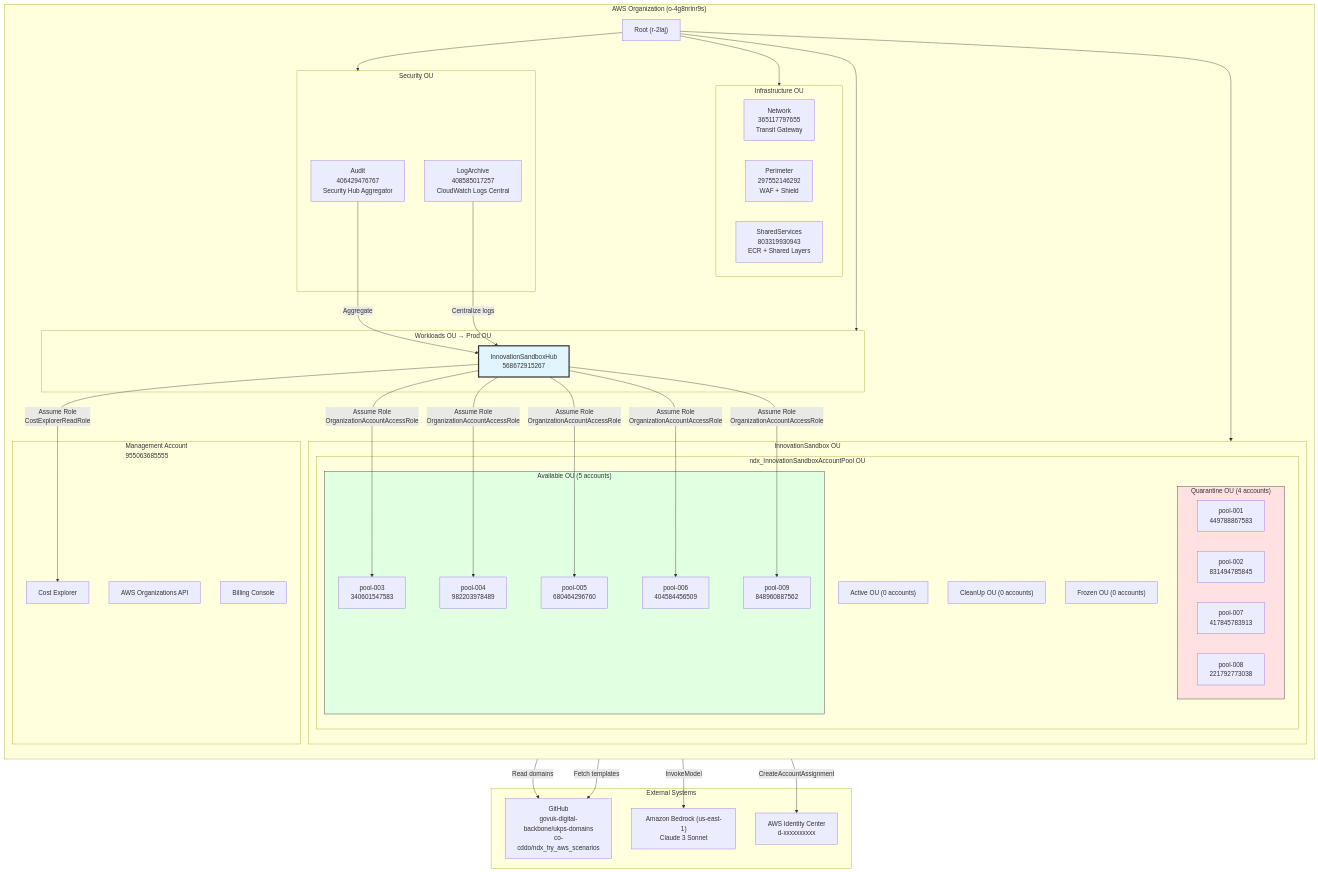
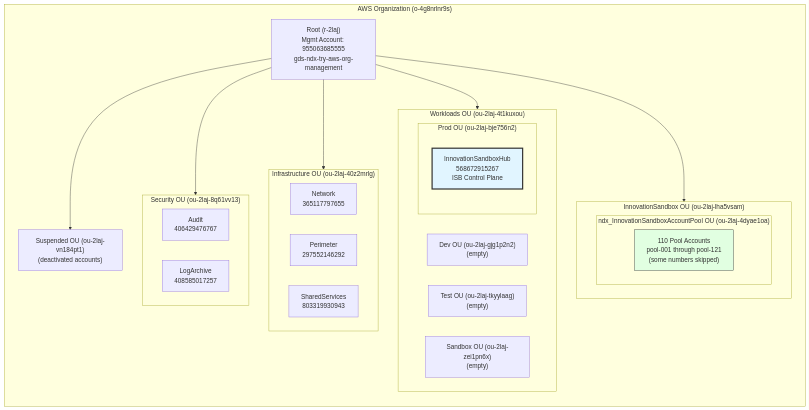
One commit to co-cddo/ndx-try-arch changed the first of 6 diagrams in docs/81-aws-architecture.md. Above: the diagram before and after it, drawn with Mermaid. The commit also changed other lines of this file and 41 other files, not shown here.

First line of the commit message:
docs: update NDX architecture documentation (#9)

````diff
--- a/docs/81-aws-architecture.md
+++ b/docs/81-aws-architecture.md
@@ -17,81 +14,44 @@
 ```mermaid
 graph TB
     subgraph org["AWS Organization (o-4g8nrlnr9s)"]
         direction TB
-        root["Root (r-2laj)"]
+        root["Root (r-2laj)<br/>Mgmt Account: 955063685555<br/>gds-ndx-try-aws-org-management"]
 
-        subgraph mgmt_account["Management Account<br/>955063685555"]
-            org_api["AWS Organizations API"]
-            cost_explorer["Cost Explorer"]
-            billing["Billing Console"]
+        subgraph security_ou["Security OU (ou-2laj-8q61vv13)"]
+            audit["Audit<br/>406429476767"]
+            log_archive["LogArchive<br/>408585017257"]
         end
 
-        subgraph security_ou["Security OU"]
-            audit["Audit<br/>406429476767<br/>Security Hub Aggregator"]
-            log_archive["LogArchive<br/>408585017257<br/>CloudWatch Logs Central"]
+        subgraph infra_ou["Infrastructure OU (ou-2laj-40z2mrlg)"]
+            network["Network<br/>365117797655"]
+            perimeter["Perimeter<br/>297552146292"]
+            shared["SharedServices<br/>803319930943"]
         end
 
-        subgraph infra_ou["Infrastructure OU"]
-            network["Network<br/>365117797655<br/>Transit Gateway"]
-            perimeter["Perimeter<br/>297552146292<br/>WAF + Shield"]
-            shared["SharedServices<br/>803319930943<br/>ECR + Shared Layers"]
+        subgraph workloads_ou["Workloads OU (ou-2laj-4t1kuxou)"]
+            subgraph prod_ou["Prod OU (ou-2laj-bje756n2)"]
+                hub["InnovationSandboxHub<br/>568672915267<br/>ISB Control Plane"]
+            end
+            dev_ou["Dev OU (ou-2laj-gjg1p2n2)<br/>(empty)"]
+            test_ou["Test OU (ou-2laj-tkyylaag)<br/>(empty)"]
+            sandbox_ou["Sandbox OU (ou-2laj-zei1pn6x)<br/>(empty)"]
         end
 
-        subgraph workloads_ou["Workloads OU → Prod OU"]
-            hub["InnovationSandboxHub<br/>568672915267"]
+        subgraph isb_ou["InnovationSandbox OU (ou-2laj-lha5vsam)"]
+            subgraph pool_parent["ndx_InnovationSandboxAccountPool OU (ou-2laj-4dyae1oa)"]
+                pool_accounts["110 Pool Accounts<br/>pool-001 through pool-121<br/>(some numbers skipped)"]
+            end
         end
 
-        subgraph isb_ou["InnovationSandbox OU"]
-            subgraph pool_parent["ndx_InnovationSandboxAccountPool OU"]
-                subgraph available_ou["Available OU (5 accounts)"]
-                    pool003["pool-003<br/>340601547583"]
-                    pool004["pool-004<br/>982203978489"]
-                    pool005["pool-005<br/>680464296760"]
-                    pool006["pool-006<br/>404584456509"]
-                    pool009["pool-009<br/>848960887562"]
-                end
-
-                subgraph quarantine_ou["Quarantine OU (4 accounts)"]
-                    pool001["pool-001<br/>449788867583"]
-                    pool002["pool-002<br/>831494785845"]
-                    pool007["pool-007<br/>417845783913"]
-                    pool008["pool-008<br/>221792773038"]
-                end
-
-                active_ou["Active OU (0 accounts)"]
-                cleanup_ou["CleanUp OU (0 accounts)"]
-                frozen_ou["Frozen OU (0 accounts)"]
-            end
-        end
+        suspended_ou["Suspended OU (ou-2laj-vn184pt1)<br/>(deactivated accounts)"]
 
         root --> security_ou
         root --> infra_ou
         root --> workloads_ou
         root --> isb_ou
+        root --> suspended_ou
     end
 
-    subgraph external["External Systems"]
-        github["GitHub<br/>govuk-digital-backbone/ukps-domains<br/>co-cddo/ndx_try_aws_scenarios"]
-        bedrock["Amazon Bedrock (us-east-1)<br/>Claude 3 Sonnet"]
-        idc["AWS Identity Center<br/>d-xxxxxxxxxx"]
-    end
-
-    hub -->|Assume Role<br/>CostExplorerReadRole| cost_explorer
-    hub -->|Assume Role<br/>OrganizationAccountAccessRole| pool003
-    hub -->|Assume Role<br/>OrganizationAccountAccessRole| pool004
-    hub -->|Assume Role<br/>OrganizationAccountAccessRole| pool005
-    hub -->|Assume Role<br/>OrganizationAccountAccessRole| pool006
-    hub -->|Assume Role<br/>OrganizationAccountAccessRole| pool009
-
-    hub -->|Read domains| github
-    hub -->|Fetch templates| github
-    hub -->|InvokeModel| bedrock
-    hub -->|CreateAccountAssignment| idc
-
-    audit -->|Aggregate| hub
-    log_archive -->|Centralize logs| hub
-
     style hub fill:#e1f5ff,stroke:#333,stroke-width:3px
-    style quarantine_ou fill:#ffe1e1,stroke:#333
-    style available_ou fill:#e1ffe1,stroke:#333
+    style pool_accounts fill:#e1ffe1,stroke:#333
 ```
````
